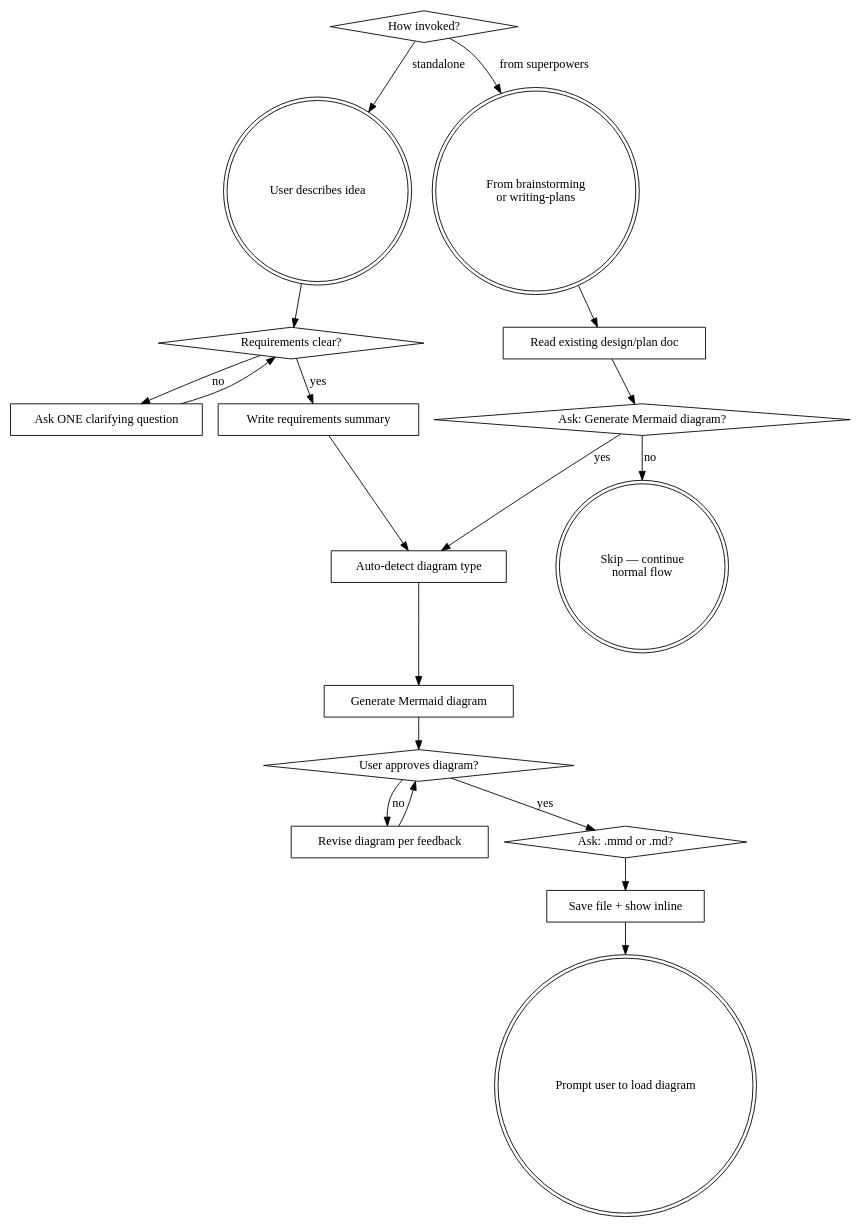
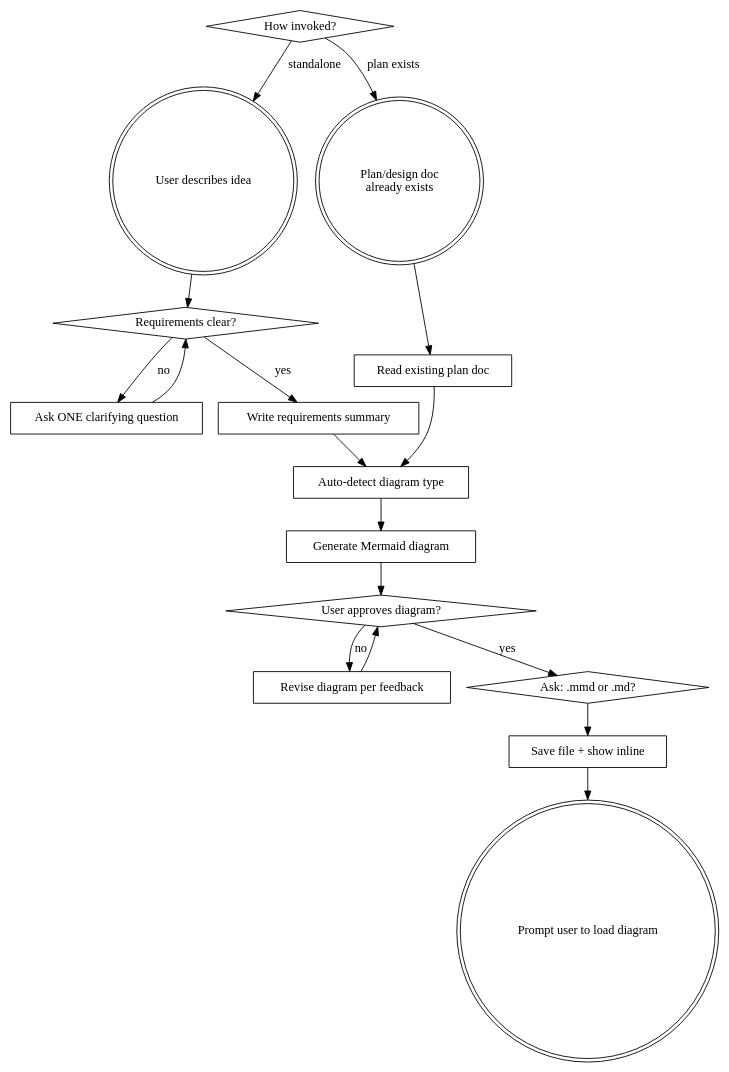
The diagram in SKILL.md (saturn-imanshu/prompt-to-mermaid-skill), drawn with Graphviz before and after one commit. The commit also changed other lines of this file and 1 other file, not shown here.

First line of the commit message:
Fix superpowers integration: manual invocation, not auto-injection

````diff
--- a/SKILL.md
+++ b/SKILL.md
@@ -12,42 +12,38 @@
 ```dot
 digraph prompt_to_mermaid {
     "Entry point" [shape=diamond, label="How invoked?"];
     "User describes idea" [shape=doublecircle];
-    "Superpowers handoff" [shape=doublecircle, label="From brainstorming\nor writing-plans"];
+    "Post-plan invocation" [shape=doublecircle, label="Plan/design doc\nalready exists"];
     "Requirements clear?" [shape=diamond];
     "Ask ONE clarifying question" [shape=box];
     "Write requirements summary" [shape=box];
-    "Read existing design/plan doc" [shape=box];
-    "Ask: Generate Mermaid diagram?" [shape=diamond];
+    "Read existing plan doc" [shape=box];
     "Auto-detect diagram type" [shape=box];
     "Generate Mermaid diagram" [shape=box];
     "User approves diagram?" [shape=diamond];
     "Revise diagram per feedback" [shape=box];
     "Ask: output format?" [shape=diamond, label="Ask: .mmd or .md?"];
     "Save file + show inline" [shape=box];
     "Prompt user to load diagram" [shape=doublecircle];
-    "User declines" [shape=doublecircle, label="Skip — continue\nnormal flow"];
 
     "Entry point" -> "User describes idea" [label="standalone"];
-    "Entry point" -> "Superpowers handoff" [label="from superpowers"];
+    "Entry point" -> "Post-plan invocation" [label="plan exists"];
 
     "User describes idea" -> "Requirements clear?";
     "Requirements clear?" -> "Ask ONE clarifying question" [label="no"];
     "Ask ONE clarifying question" -> "Requirements clear?";
     "Requirements clear?" -> "Write requirements summary" [label="yes"];
     "Write requirements summary" -> "Auto-detect diagram type";
 
-    "Superpowers handoff" -> "Read existing design/plan doc";
-    "Read existing design/plan doc" -> "Ask: Generate Mermaid diagram?";
-    "Ask: Generate Mermaid diagram?" -> "Auto-detect diagram type" [label="yes"];
-    "Ask: Generate Mermaid diagram?" -> "User declines" [label="no"];
+    "Post-plan invocation" -> "Read existing plan doc";
+    "Read existing plan doc" -> "Auto-detect diagram type";
 
     "Auto-detect diagram type" -> "Generate Mermaid diagram";
     "Generate Mermaid diagram" -> "User approves diagram?";
     "User approves diagram?" -> "Revise diagram per feedback" [label="no"];
     "Revise diagram per feedback" -> "User approves diagram?";
     "User approves diagram?" -> "Ask: output format?" [label="yes"];
     "Ask: output format?" -> "Save file + show inline";
     "Save file + show inline" -> "Prompt user to load diagram";
 }
 ```
````
